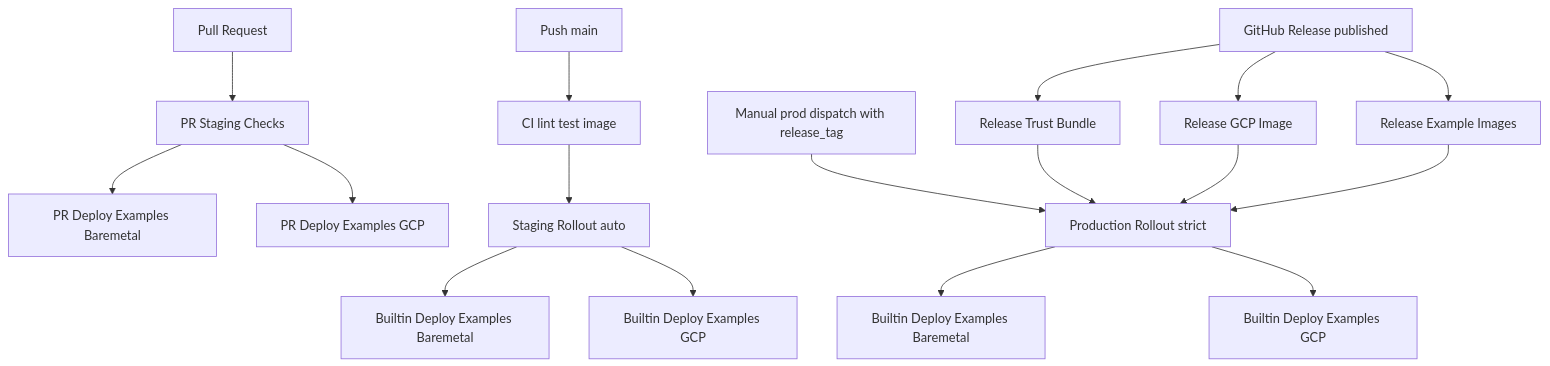
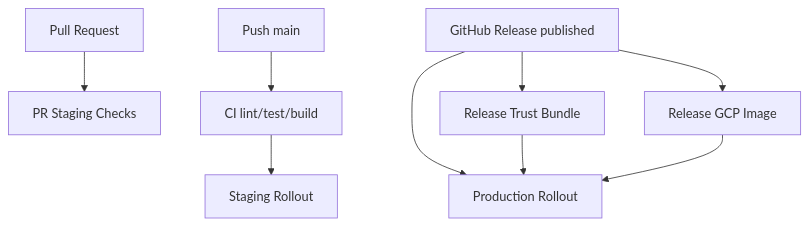
The diagram in docs/CI_CD_NETWORKS.md (easyenclave/easyenclave), drawn with Mermaid before and after one commit. The commit also changed other lines of this file and 98 other files, not shown here.

````diff
--- a/docs/CI_CD_NETWORKS.md
+++ b/docs/CI_CD_NETWORKS.md
@@ -14,19 +13,11 @@
 ```mermaid
 flowchart TD
     PR["Pull Request"] --> PRCHK["PR Staging Checks"]
-    PRCHK --> PRBM["PR Deploy Examples Baremetal"]
-    PRCHK --> PRGCP["PR Deploy Examples GCP"]
-    MAIN["Push main"] --> CI["CI lint test image"]
-    CI --> STG["Staging Rollout auto"]
-    STG --> BM["Builtin Deploy Examples Baremetal"]
-    STG --> GCP["Builtin Deploy Examples GCP"]
+    MAIN["Push main"] --> CI["CI lint/test/build"]
+    CI --> STG["Staging Rollout"]
     REL["GitHub Release published"] --> RTB["Release Trust Bundle"]
     REL --> RGI["Release GCP Image"]
-    REL --> REI["Release Example Images"]
-    MANUAL["Manual prod dispatch with release_tag"] --> PROD["Production Rollout strict"]
+    REL --> PROD["Production Rollout"]
     RTB --> PROD
     RGI --> PROD
-    REI --> PROD
-    PROD --> PBM["Builtin Deploy Examples Baremetal"]
-    PROD --> PGCP["Builtin Deploy Examples GCP"]
 ```
````
